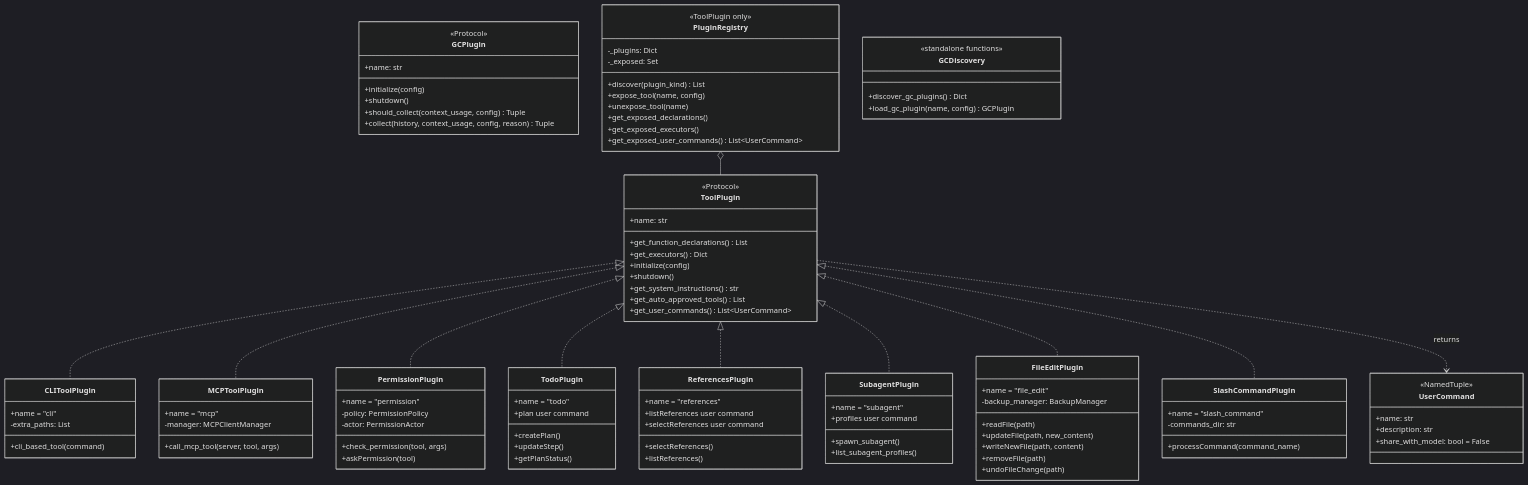
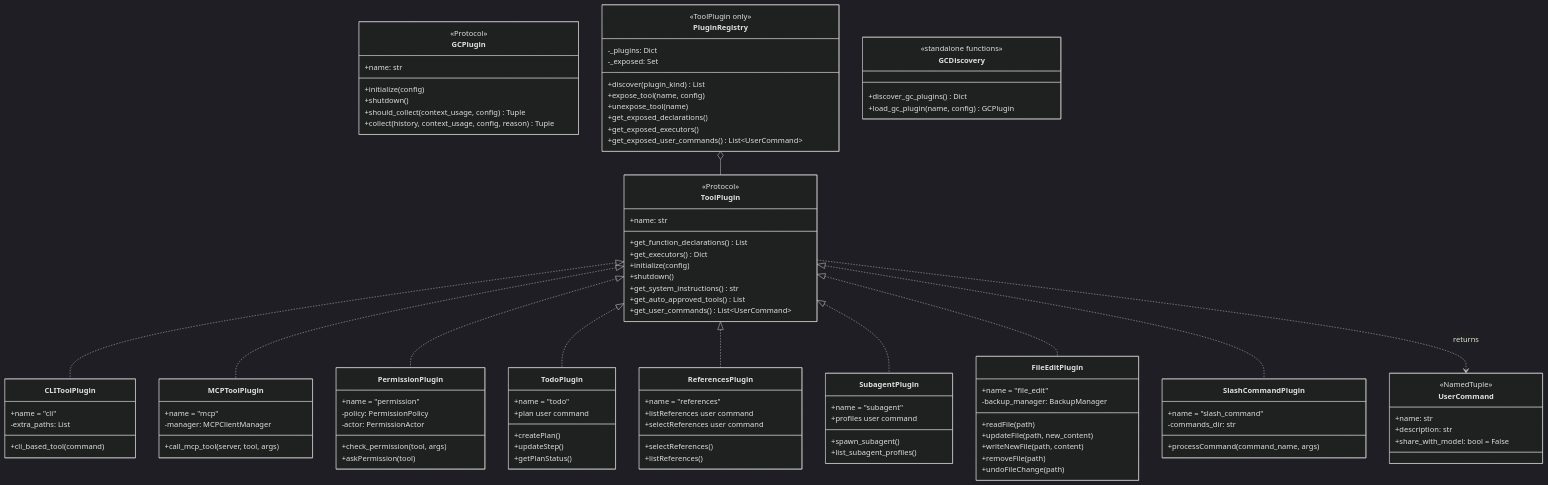
The third of 3 diagrams in docs/architecture.md (Jaato-framework-and-examples/jaato), drawn with Mermaid (dark theme) before and after one commit. The commit also changed 3 other files, not shown here.

```diff
--- a/docs/architecture.md
+++ b/docs/architecture.md
@@ -294,7 +294,7 @@
     class SlashCommandPlugin {
         +name = "slash_command"
         -commands_dir: str
-        +processCommand(command_name)
+        +processCommand(command_name, args)
     }
 
     ToolPlugin <|.. CLIToolPlugin
```
